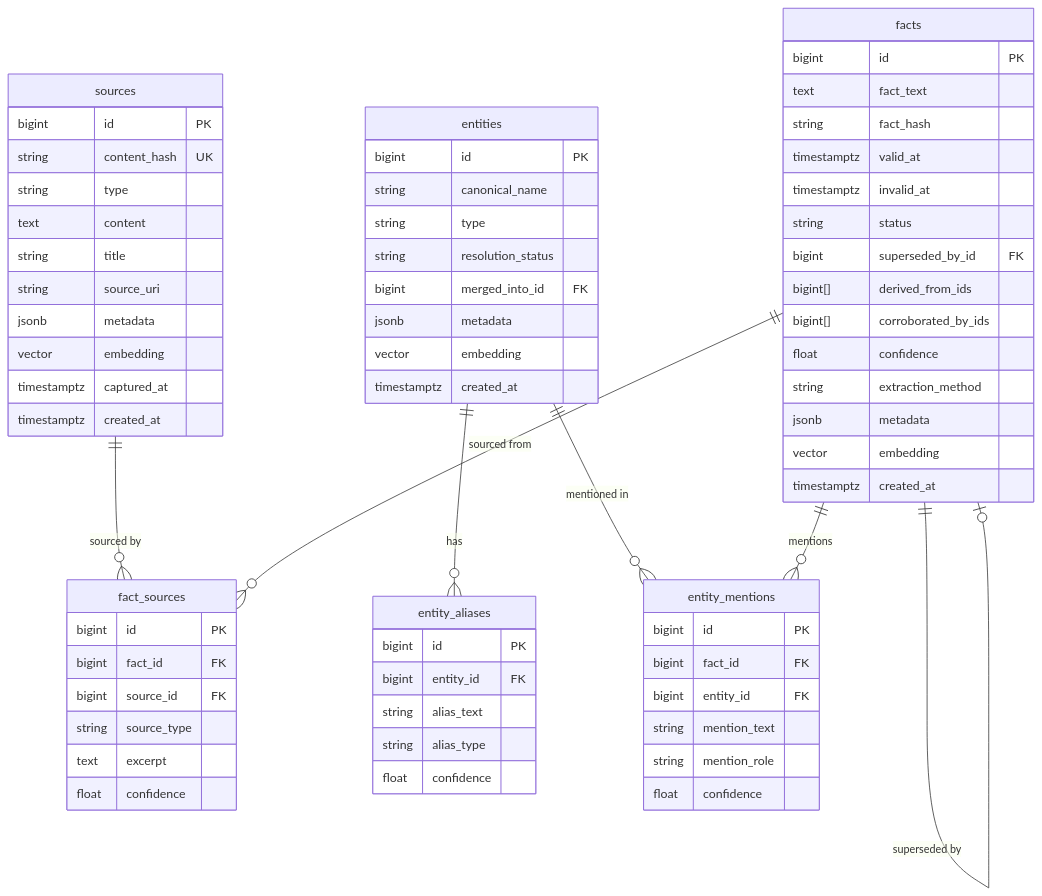
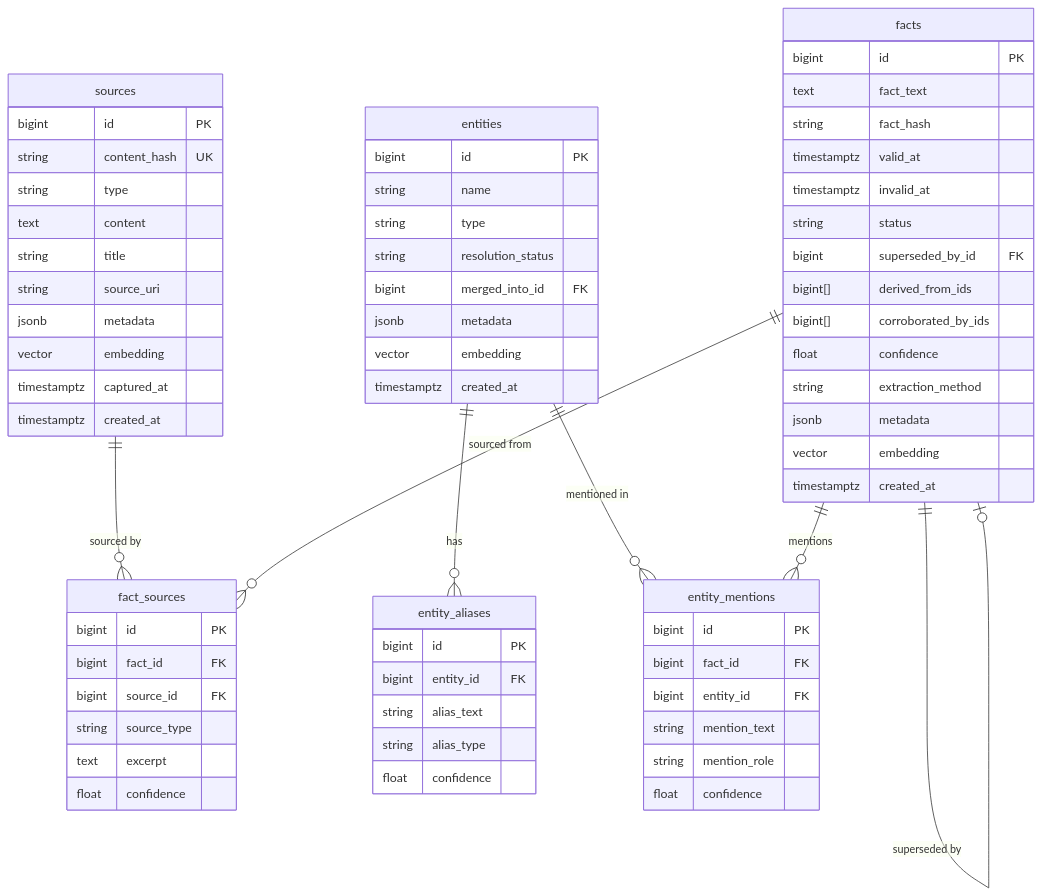
Before and after one commit to MadBomber/fact_db: the diagram in docs/architecture/database-schema.md, drawn with Mermaid. The commit also changed other lines of this file and 51 other files, not shown here.

First line of the commit message:
refactor(database): rename canonical_name to name in entity model

````diff
--- a/docs/architecture/database-schema.md
+++ b/docs/architecture/database-schema.md
@@ -7,76 +7,76 @@
 ```mermaid
 erDiagram
     sources ||--o{ fact_sources : "sourced by"
     entities ||--o{ entity_aliases : "has"
     entities ||--o{ entity_mentions : "mentioned in"
     facts ||--o{ entity_mentions : "mentions"
     facts ||--o{ fact_sources : "sourced from"
     facts ||--o| facts : "superseded by"
 
     sources {
         bigint id PK
         string content_hash UK
         string type
         text content
         string title
         string source_uri
         jsonb metadata
         vector embedding
         timestamptz captured_at
         timestamptz created_at
     }
 
     entities {
         bigint id PK
-        string canonical_name
+        string name
         string type
         string resolution_status
         bigint merged_into_id FK
         jsonb metadata
         vector embedding
         timestamptz created_at
     }
 
     entity_aliases {
         bigint id PK
         bigint entity_id FK
         string alias_text
         string alias_type
         float confidence
     }
 
     facts {
         bigint id PK
         text fact_text
         string fact_hash
         timestamptz valid_at
         timestamptz invalid_at
         string status
         bigint superseded_by_id FK
         bigint[] derived_from_ids
         bigint[] corroborated_by_ids
         float confidence
         string extraction_method
         jsonb metadata
         vector embedding
         timestamptz created_at
     }
 
     entity_mentions {
         bigint id PK
         bigint fact_id FK
         bigint entity_id FK
         string mention_text
         string mention_role
         float confidence
     }
 
     fact_sources {
         bigint id PK
         bigint fact_id FK
         bigint source_id FK
         string source_type
         text excerpt
         float confidence
     }
 ```
````
